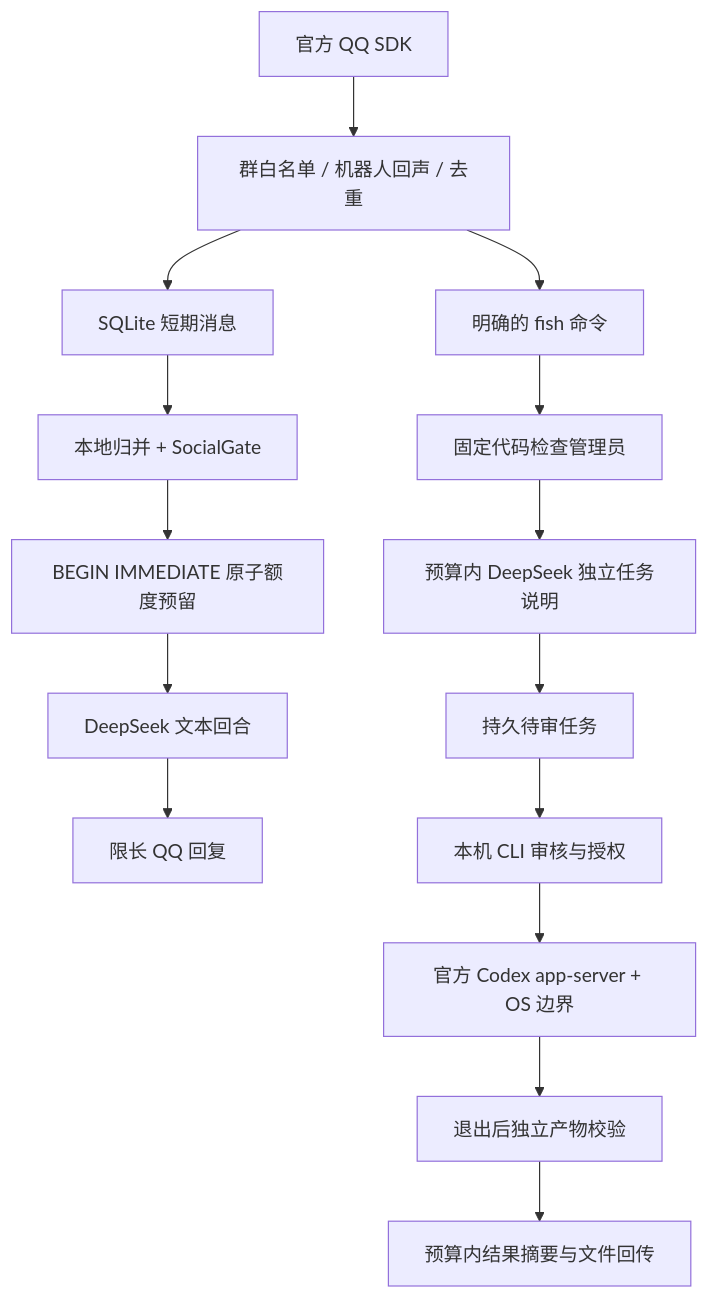
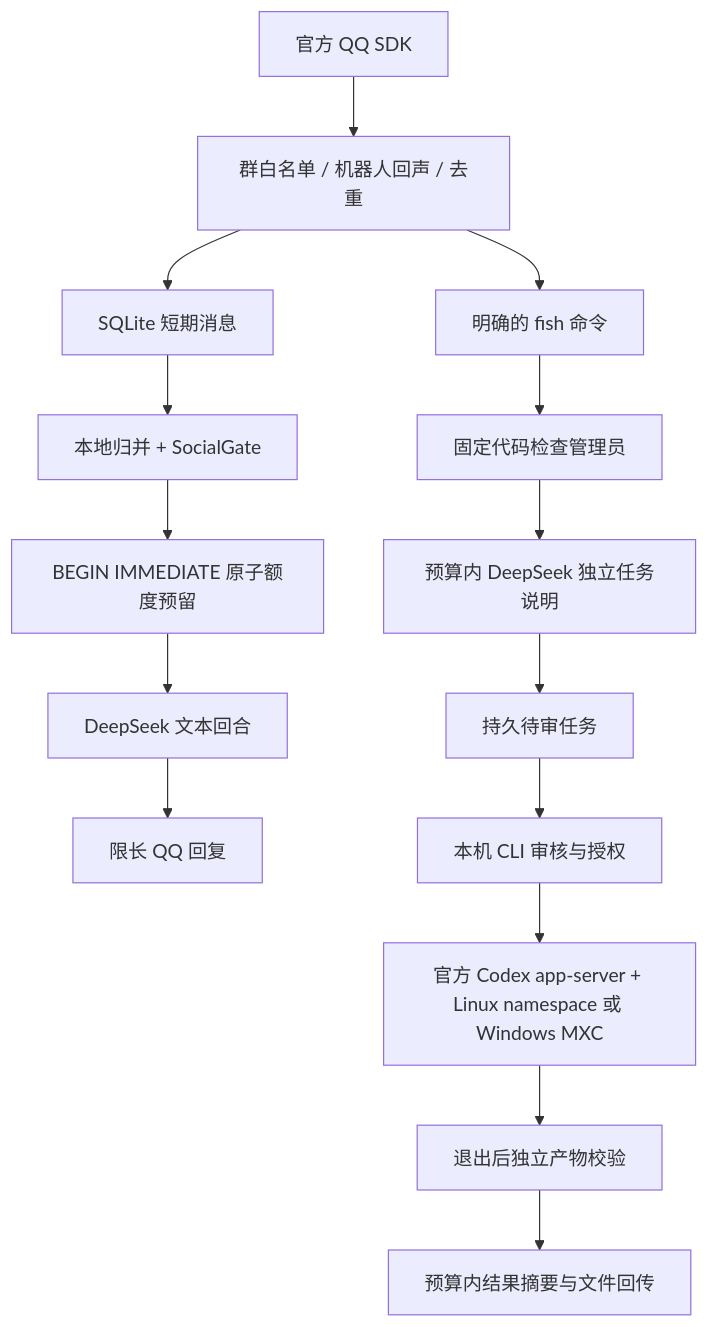
Before and after one commit to Humoiww/DeepSeekFish: the diagram in docs/architecture.md, drawn with Mermaid. The commit also changed other lines of this file and 20 other files, not shown here.

Commit message:
Add Linux deployment scripts and isolated Codex execution

````diff
--- a/docs/architecture.md
+++ b/docs/architecture.md
@@ -5,17 +5,17 @@
 ```mermaid
 flowchart TD
   QQ[官方 QQ SDK] --> ACL[群白名单 / 机器人回声 / 去重]
   ACL --> DB[SQLite 短期消息]
   DB --> Gate[本地归并 + SocialGate]
   Gate --> Reserve[BEGIN IMMEDIATE 原子额度预留]
   Reserve --> DeepSeek[DeepSeek 文本回合]
   DeepSeek --> Reply[限长 QQ 回复]
   ACL --> Command[明确的 fish 命令]
   Command --> Admin[固定代码检查管理员]
   Admin --> Plan[预算内 DeepSeek 独立任务说明]
   Plan --> Queue[持久待审任务]
   Queue --> Local[本机 CLI 审核与授权]
-  Local --> Native[官方 Codex app-server + OS 边界]
+  Local --> Native[官方 Codex app-server + Linux namespace 或 Windows MXC]
   Native --> Validate[退出后独立产物校验]
   Validate --> Synthesis[预算内结果摘要与文件回传]
 ```
````
